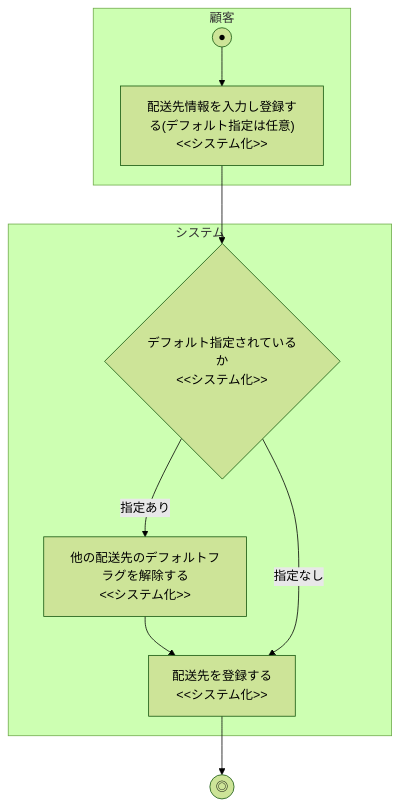
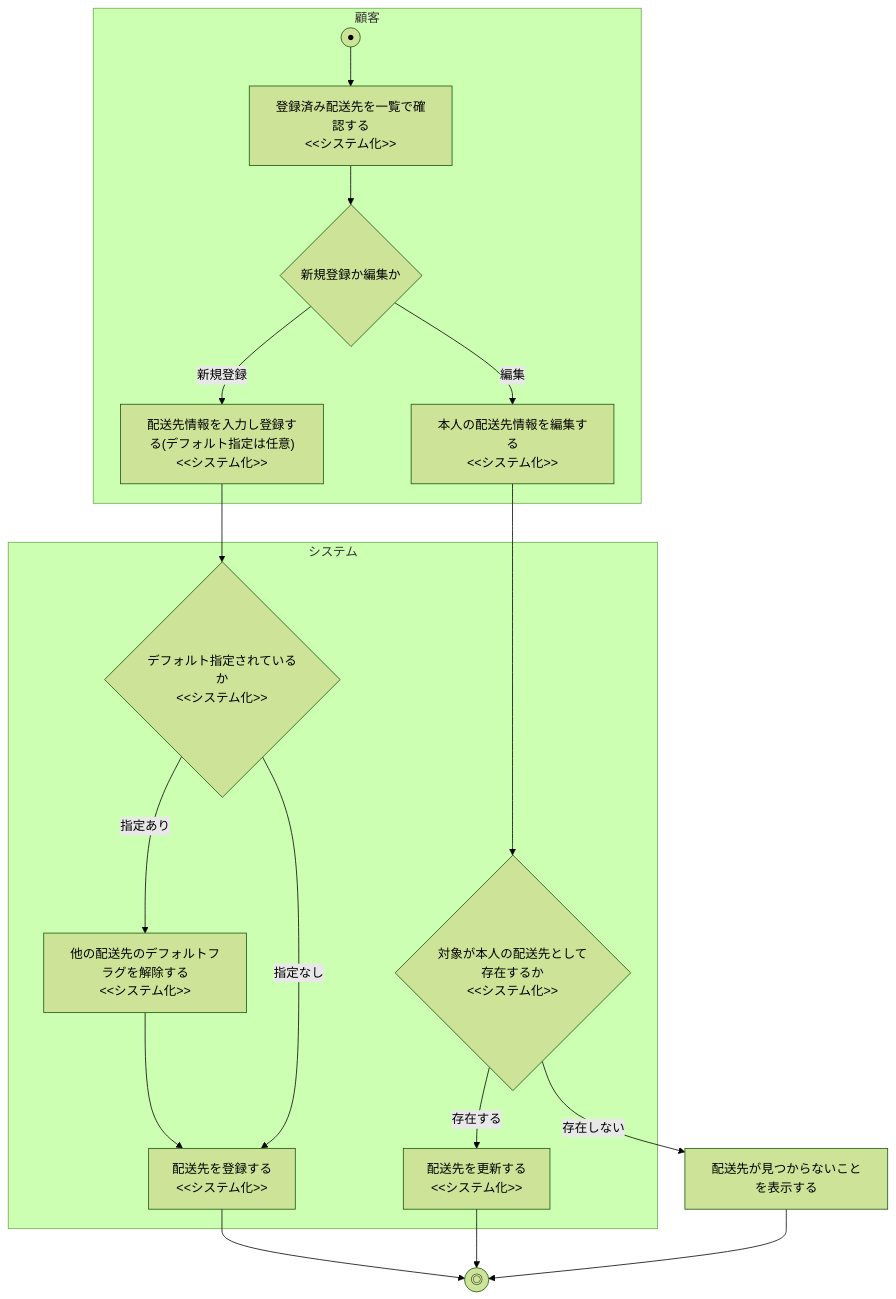
Before and after one commit to KokiNakano2nd/ec2site: the diagram in docs/deliverables/demand_definition/business_flow/05_address.md, drawn with Mermaid (forest theme). The commit also changed other lines of this file and 79 other files, not shown here.

````diff
--- a/docs/deliverables/demand_definition/business_flow/05_address.md
+++ b/docs/deliverables/demand_definition/business_flow/05_address.md
@@ -24,16 +24,26 @@
 ```mermaid
 flowchart TD
     subgraph 顧客
-        A((●)) --> B["配送先情報を入力し登録する(デフォルト指定は任意)<br/><<システム化>>"]
+        A((●)) --> L["登録済み配送先を一覧で確認する<br/><<システム化>>"]
+        L --> X{"新規登録か編集か"}
+        X -->|新規登録| B["配送先情報を入力し登録する(デフォルト指定は任意)<br/><<システム化>>"]
+        X -->|編集| U["本人の配送先情報を編集する<br/><<システム化>>"]
     end
     subgraph システム
         C{"デフォルト指定されているか<br/><<システム化>>"}
         D["他の配送先のデフォルトフラグを解除する<br/><<システム化>>"]
         E["配送先を登録する<br/><<システム化>>"]
+        V{"対象が本人の配送先として存在するか<br/><<システム化>>"}
+        W["配送先を更新する<br/><<システム化>>"]
     end
     B --> C
     C -->|指定あり| D
     D --> E
     C -->|指定なし| E
     E --> F((◎))
+    U --> V
+    V -->|存在しない| N["配送先が見つからないことを表示する"]
+    V -->|存在する| W
+    W --> F
+    N --> F
 ```
````
